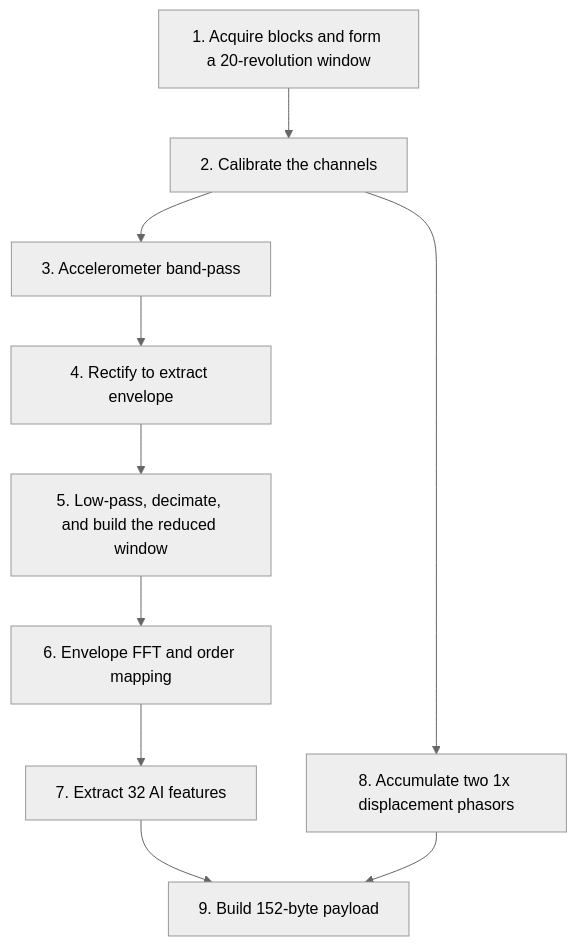
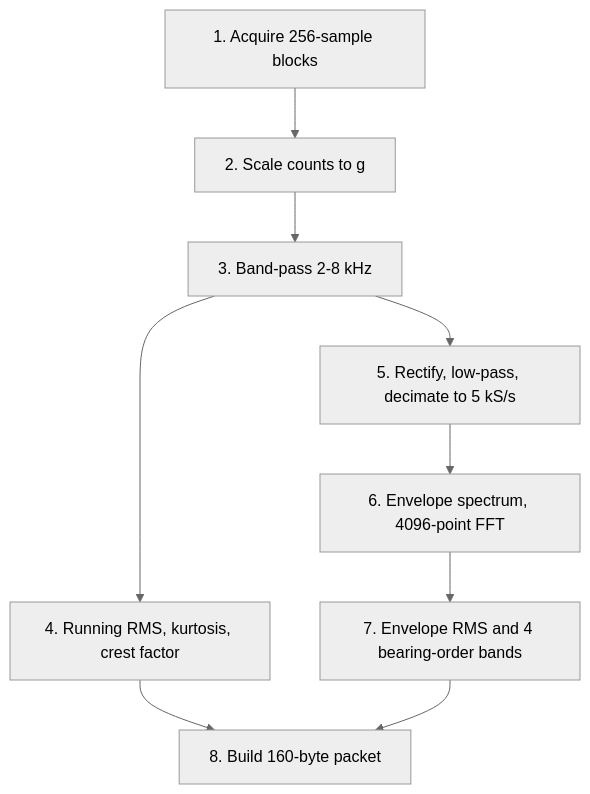
The second of 3 diagrams in Project architecture/COE/COE Edge Acquisition & Processing Node layer.md (amussab/Digital-Twin-Senior-Proj), drawn with Mermaid (neutral theme) before and after one commit. The commit also changed other lines of this file and 5 other files, not shown here.

````diff
--- a/Project architecture/COE/COE Edge Acquisition & Processing Node layer.md
+++ b/Project architecture/COE/COE Edge Acquisition & Processing Node layer.md
@@ -162,12 +129,11 @@
 ```mermaid
 flowchart TD
-    ACQ["1. Acquire blocks and form a 20-revolution window"] --> CAL["2. Calibrate the channels"]
-    CAL --> BP["3. Accelerometer band-pass"]
-    BP --> ENV["4. Rectify to extract envelope"]
-    ENV --> LP["5. Low-pass, decimate, and build the reduced window"]
-    LP --> FFT["6. Envelope FFT and order mapping"]
-    FFT --> FEAT["7. Extract 32 AI features"]
-    CAL --> DISP["8. Accumulate two 1x displacement phasors"]
-    FEAT --> PAY["9. Build 152-byte payload"]
-    DISP --> PAY
+    ACQ["1. Acquire 256-sample blocks"] --> CAL["2. Scale counts to g"]
+    CAL --> BP["3. Band-pass 2-8 kHz"]
+    BP --> TF["4. Running RMS, kurtosis, crest factor"]
+    BP --> ENV["5. Rectify, low-pass, decimate to 5 kS/s"]
+    ENV --> FFT["6. Envelope spectrum, 4096-point FFT"]
+    FFT --> FEAT["7. Envelope RMS and 4 bearing-order bands"]
+    TF --> PKT["8. Build 160-byte packet"]
+    FEAT --> PKT
 ```
````
